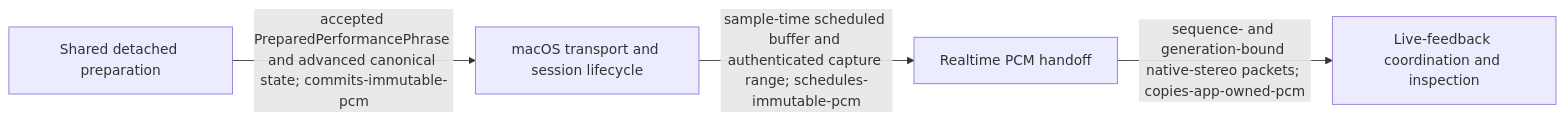
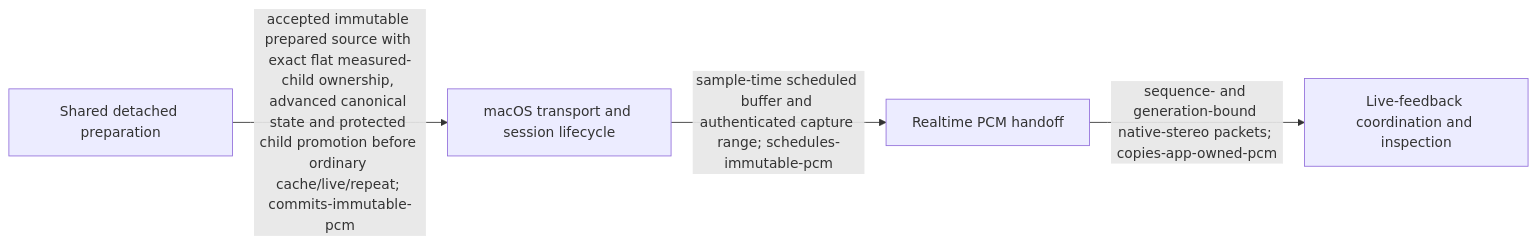
One commit to randomactions/auto-techno changed the fourth of 8 diagrams in docs/CODEBASE_MAP.md. Above: the diagram before and after it, drawn with Mermaid. The commit also changed other lines of this file and 10 other files, not shown here.

Commit message:
Consume protected measured successors through both host boundaries

````diff
--- a/docs/CODEBASE_MAP.md
+++ b/docs/CODEBASE_MAP.md
@@ -128,10 +128,10 @@
 ```mermaid
 flowchart LR
   n_macos_scheduled_playback_and_observation0["Shared detached preparation"]
   n_macos_scheduled_playback_and_observation1["macOS transport and session lifecycle"]
   n_macos_scheduled_playback_and_observation2["Realtime PCM handoff"]
   n_macos_scheduled_playback_and_observation3["Live-feedback coordination and inspection"]
-  n_macos_scheduled_playback_and_observation0 -- "accepted PreparedPerformancePhrase and advanced canonical state; commits-immutable-pcm" --> n_macos_scheduled_playback_and_observation1
+  n_macos_scheduled_playback_and_observation0 -- "accepted immutable prepared source with exact flat measured-child ownership, advanced canonical state and protected child promotion before ordinary cache/live/repeat; commits-immutable-pcm" --> n_macos_scheduled_playback_and_observation1
   n_macos_scheduled_playback_and_observation1 -- "sample-time scheduled buffer and authenticated capture range; schedules-immutable-pcm" --> n_macos_scheduled_playback_and_observation2
   n_macos_scheduled_playback_and_observation2 -- "sequence- and generation-bound native-stereo packets; copies-app-owned-pcm" --> n_macos_scheduled_playback_and_observation3
 ```
````
